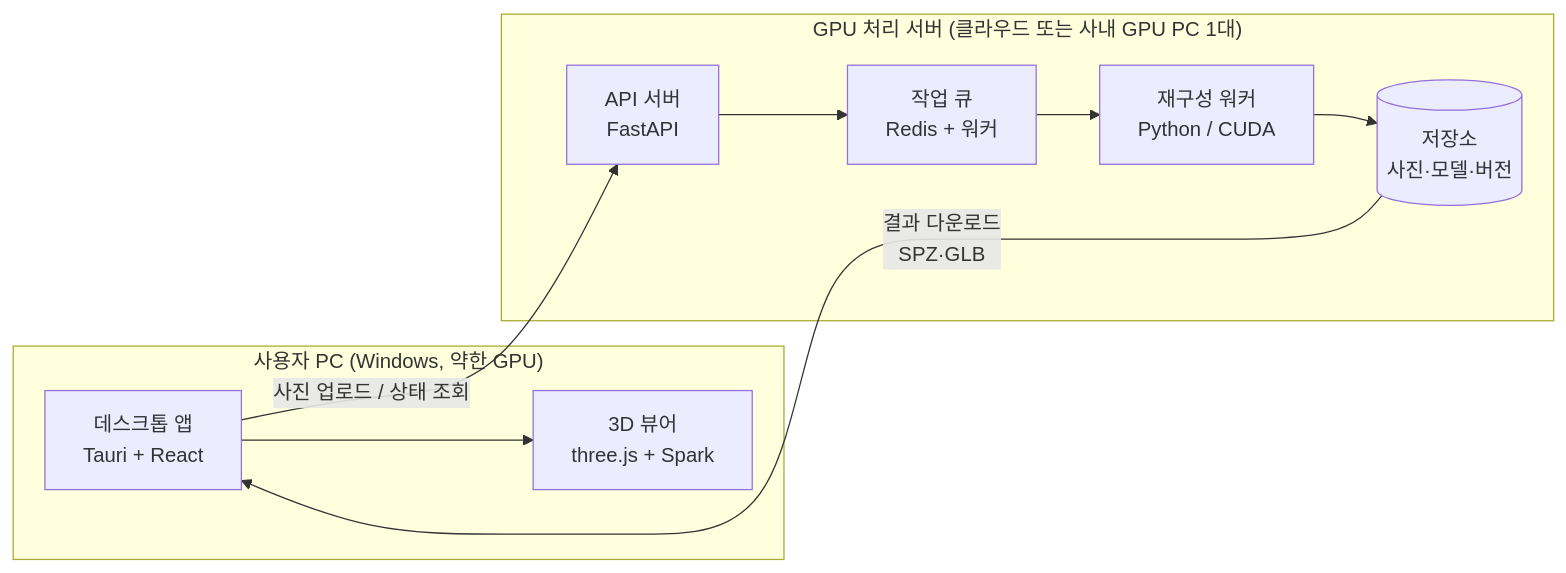
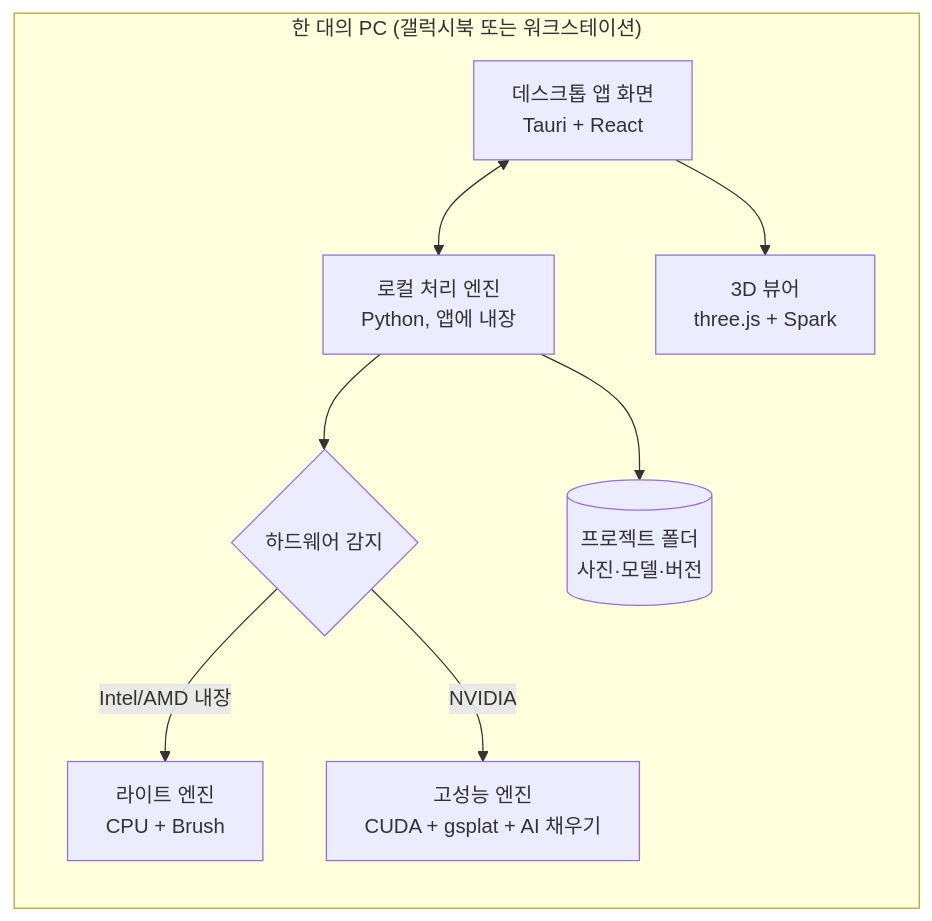
The first of 3 diagrams in photo3d/DESIGN.md (comet3229/comet), drawn with Mermaid before and after one commit. The commit also changed other lines of this file, not shown here.

First line of the commit message:
Design v0.2: fully offline app, Galaxy Book baseline, workstation GPU pack

````diff
--- a/photo3d/DESIGN.md
+++ b/photo3d/DESIGN.md
@@ -24,13 +45,11 @@
 ```mermaid
 flowchart LR
-  subgraph PC["사용자 PC (Windows, 약한 GPU)"]
-    A[데스크톱 앱<br/>Tauri + React] --> V[3D 뷰어<br/>three.js + Spark]
+  subgraph PC["한 대의 PC (갤럭시북 또는 워크스테이션)"]
+    UI[데스크톱 앱 화면<br/>Tauri + React] <--> ENG[로컬 처리 엔진<br/>Python, 앱에 내장]
+    UI --> V[3D 뷰어<br/>three.js + Spark]
+    ENG --> HW{하드웨어 감지}
+    HW -->|Intel/AMD 내장| L[라이트 엔진<br/>CPU + Brush]
+    HW -->|NVIDIA| H[고성능 엔진<br/>CUDA + gsplat + AI 채우기]
+    ENG --> DB[(프로젝트 폴더<br/>사진·모델·버전)]
   end
-  subgraph SRV["GPU 처리 서버 (클라우드 또는 사내 GPU PC 1대)"]
-    API[API 서버<br/>FastAPI] --> Q[작업 큐<br/>Redis + 워커]
-    Q --> W[재구성 워커<br/>Python / CUDA]
-    W --> S[(저장소<br/>사진·모델·버전)]
-  end
-  A -- 사진 업로드 / 상태 조회 --> API
-  S -- 결과 다운로드<br/>SPZ·GLB --> A
 ```
````
